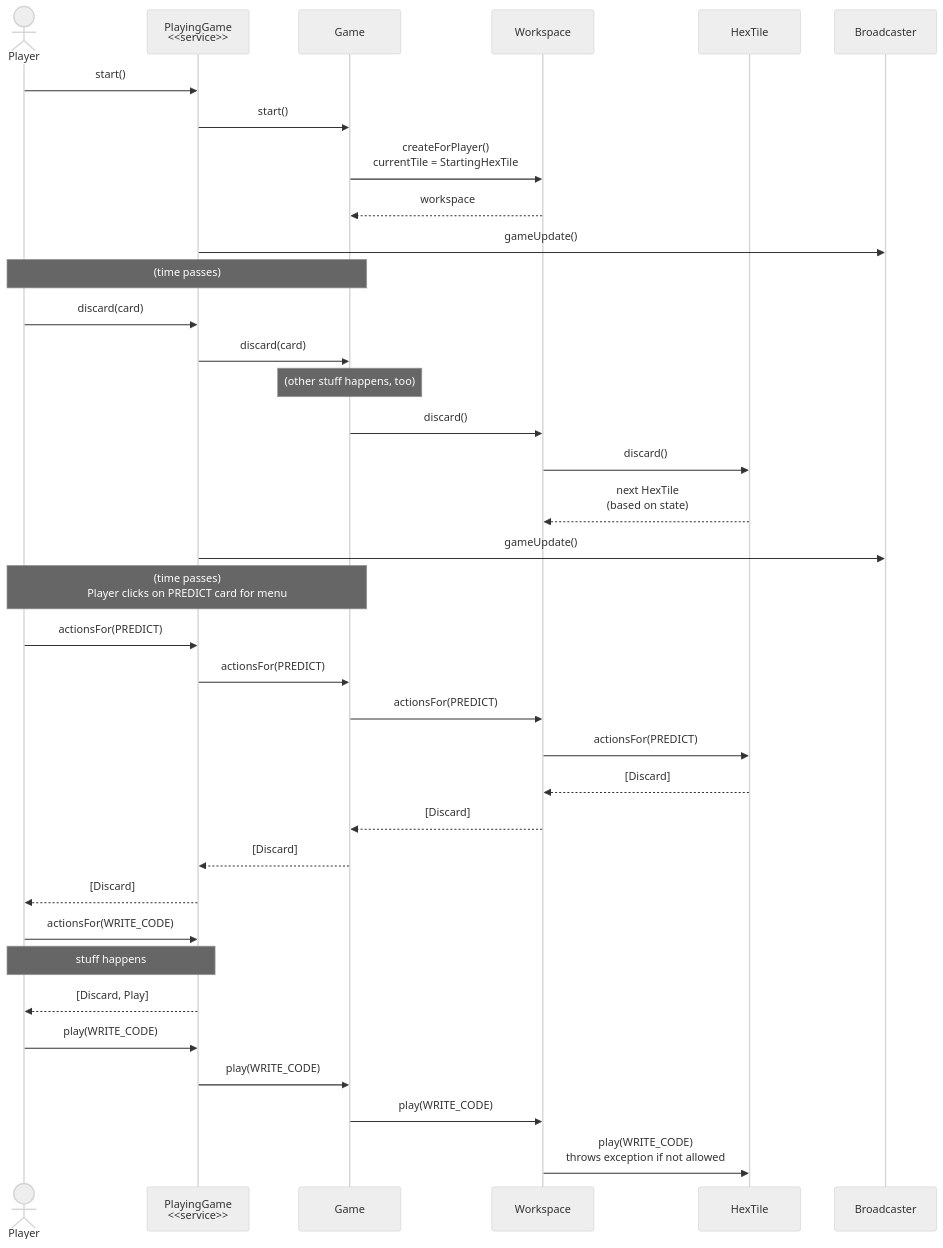
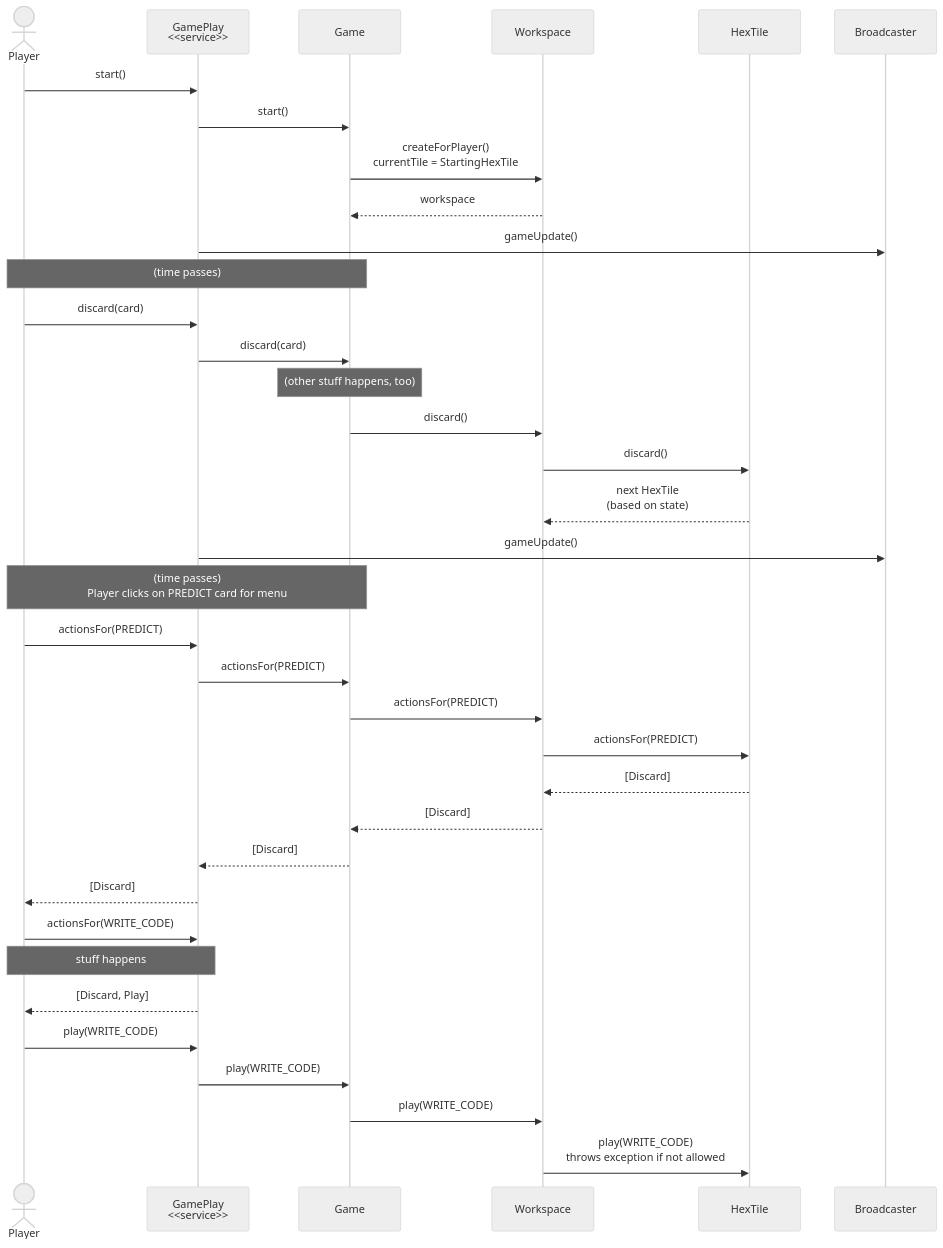
The diagram in diagrams-docs/player-movement.mermaid (jitterted/tdd-game), drawn with Mermaid (neutral theme) before and after one commit.

Commit message:
Corrected PlayingGame (the CONTROLLER) to be GamePlay (the USE CASE COMMAND)

```diff
--- a/diagrams-docs/player-movement.mermaid
+++ b/diagrams-docs/player-movement.mermaid
@@ -1,43 +1,43 @@
 sequenceDiagram
     actor Player
-    participant PlayingGame as PlayingGame<br/><<service>>
+    participant GamePlay as GamePlay<br/><<service>>
     participant Game
     participant Workspace
     participant HexTile
 
-    Player ->> PlayingGame: start()
-    PlayingGame ->> Game: start()
+    Player ->> GamePlay: start()
+    GamePlay ->> Game: start()
     Game ->> Workspace: createForPlayer()<br/>currentTile = StartingHexTile
     Workspace -->> Game: workspace
-    PlayingGame ->> Broadcaster: gameUpdate()
+    GamePlay ->> Broadcaster: gameUpdate()
 
     Note over Player,Game: (time passes)
 
-    Player ->> PlayingGame: discard(card)
-    PlayingGame ->> Game: discard(card)
+    Player ->> GamePlay: discard(card)
+    GamePlay ->> Game: discard(card)
     Note over Game: (other stuff happens, too)
     Game ->> Workspace: discard()
     Workspace ->> HexTile: discard()
     HexTile -->> Workspace: next HexTile<br/>(based on state)
-    PlayingGame ->> Broadcaster: gameUpdate()
+    GamePlay ->> Broadcaster: gameUpdate()
 
     Note over Player,Game: (time passes)<br/>Player clicks on PREDICT card for menu
 
-    Player ->> PlayingGame: actionsFor(PREDICT)
-    PlayingGame ->> Game: actionsFor(PREDICT)
+    Player ->> GamePlay: actionsFor(PREDICT)
+    GamePlay ->> Game: actionsFor(PREDICT)
     Game ->> Workspace: actionsFor(PREDICT)
     Workspace ->> HexTile: actionsFor(PREDICT)
     HexTile -->> Workspace: [Discard]
     Workspace -->> Game: [Discard]
-    Game -->> PlayingGame: [Discard]
-    PlayingGame -->> Player: [Discard]
+    Game -->> GamePlay: [Discard]
+    GamePlay -->> Player: [Discard]
 
-    Player ->> PlayingGame: actionsFor(WRITE_CODE)
-    Note over Player,PlayingGame: stuff happens
-    PlayingGame -->> Player: [Discard, Play]
+    Player ->> GamePlay: actionsFor(WRITE_CODE)
+    Note over Player,GamePlay: stuff happens
+    GamePlay -->> Player: [Discard, Play]
 
 
-    Player ->> PlayingGame: play(WRITE_CODE)
-    PlayingGame ->> Game: play(WRITE_CODE)
+    Player ->> GamePlay: play(WRITE_CODE)
+    GamePlay ->> Game: play(WRITE_CODE)
     Game ->> Workspace: play(WRITE_CODE)
     Workspace ->> HexTile: play(WRITE_CODE)<br/>throws exception if not allowed
```
